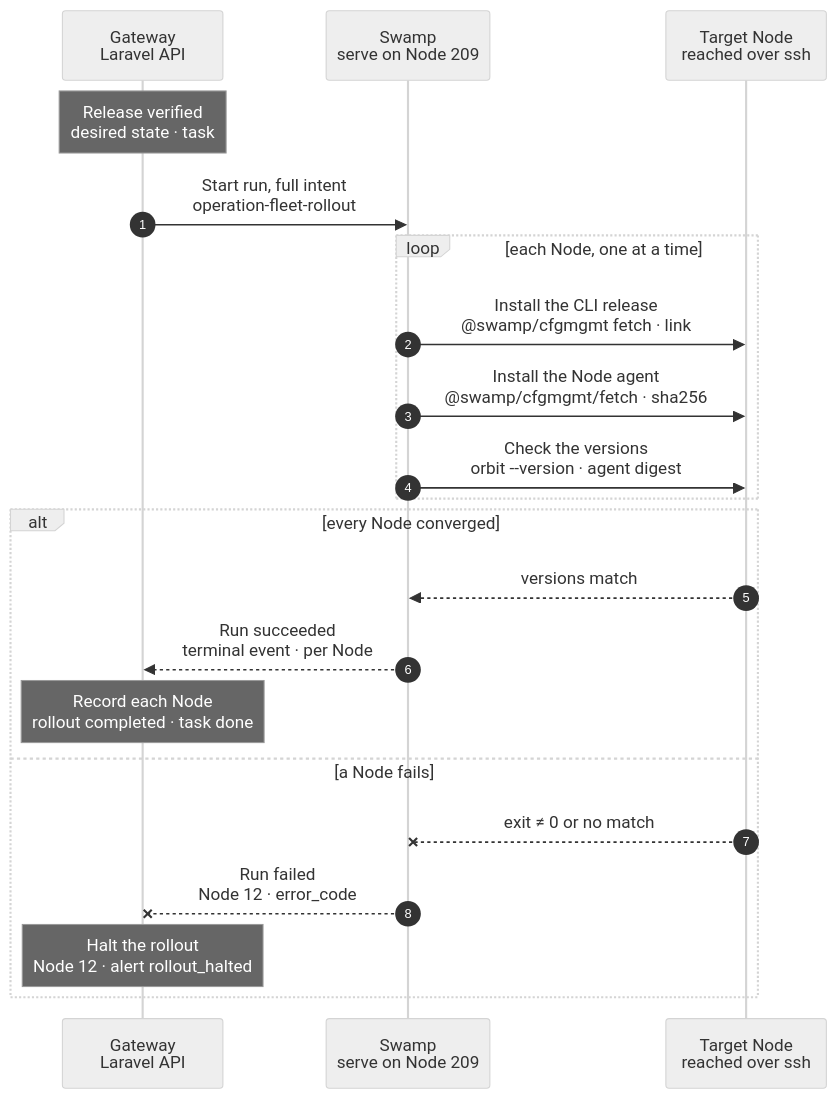
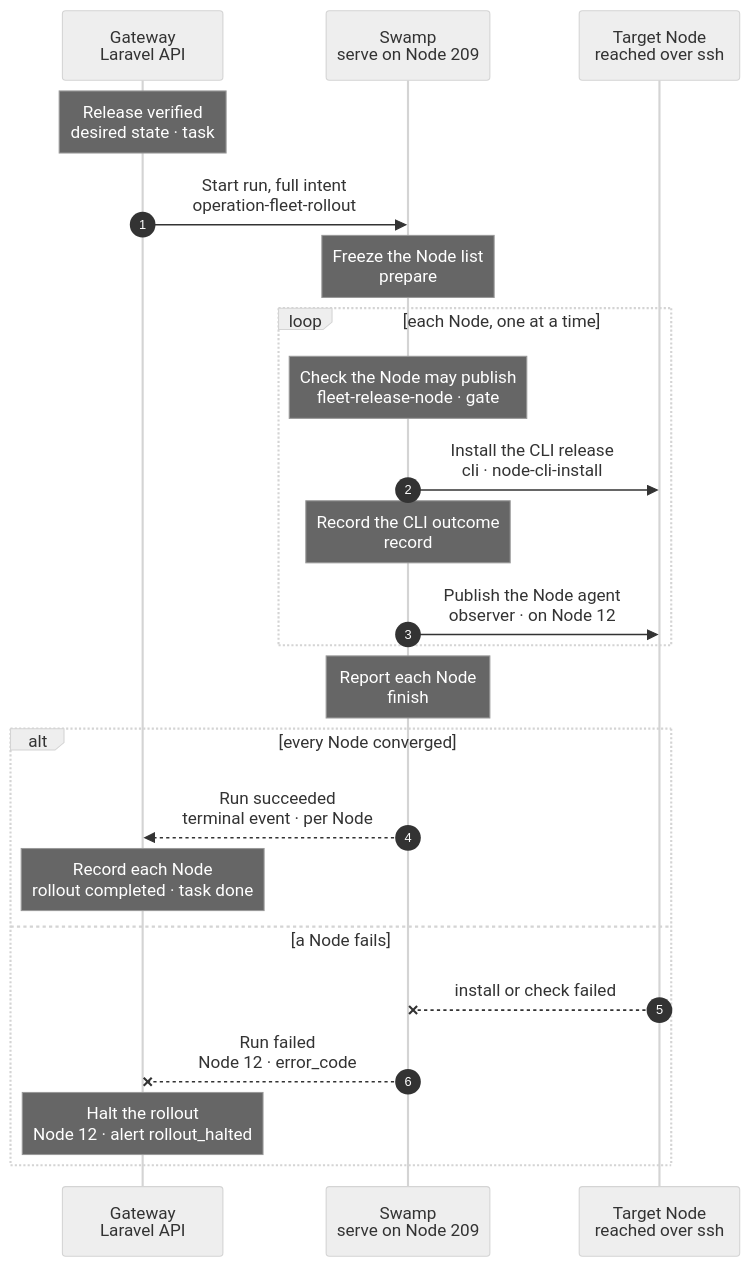
Before and after one commit to hardimpactdev/orbit: the diagram in docs/cli/fleet/rollout.mmd, drawn with Mermaid (neutral theme). The commit also changed 49 other files, not shown here.

First line of the commit message:
refactor(fleet): native CLI publication everywhere; delete cli.py (rule 22)

```diff
--- a/docs/cli/fleet/rollout.mmd
+++ b/docs/cli/fleet/rollout.mmd
@@ -1,83 +1,96 @@
 sequenceDiagram
   %% Target design: ADR 0244 task, DECISIONS R1-R4, agent-frozen-until-swamp-port, single-swamp-node. docs/reference/gateway-recovery.md#fleet-rollout.
   %% Tightened: flow-tighten 2026-11-02, rule 22 (cfgmgmt fetch and link name the install steps).
+  %% Real steps 2026-11-02: prepare, node-N (fleet-release-node: gate, cli, record, observer), finish.
   %% status: draft
   %% command: none · after each verified Gateway release
   %% kind: fleet.rollout
   autonumber
   %% lane GW icon=gateway pill=intent tone=blue
   %% lane SW icon=workflow pill=executes tone=green
   %% lane N icon=server pill=target tone=amber
   participant GW as Gateway<br/>Laravel API
   participant SW as Swamp<br/>serve on Node 209
   participant N as Target Node<br/>reached over ssh
   Note over GW: Release verified<br/>desired state · task #5160
   %%> When:
   %%> - right after the Gateway verified a release, while `ORBIT_FLEET_ROLLOUT=true`
   %%> - again when CI publishes a CLI release that was missing, or after `fleet:rollout:resume`
   %%> Not included:
   %%> - no command starts it; `fleet:rollout:status` shows it, `fleet:rollout:resume` resumes it after a halt
   %%> - no per-minute Swamp poll admits it; the release itself is the trigger
   %%> Requirements:
   %%> - no other rollout is running or halted
   %%> - the CLI release of the commit is published, or an ancestor's release stands in after 30 minutes
   %%> What it decides:
   %%> - the desired state: the CLI release with the SHA-256 of each binary, and the Node agent pin with its digests
   %%> - the rollout set and order: active managed Linux Nodes with roles; task sandboxes, macOS Nodes, roleless Nodes and the Gateway's own Node stay out
   %%> Result:
   %%> - task #5160 recorded with the full intent; nothing has happened on a Node yet
   GW->>SW: Start run, full intent<br/>operation-fleet-rollout
   %%> What it does:
   %%> - starts one Swamp run on serve (Node 209) for the whole rollout set
   %%> Inputs:
   %%> - the Nodes in order, each with its address and SSH host keys; the SSH identity comes from the `swamp` role
   %%> - the CLI release URL and digests, and the Node agent pin
+  Note over SW: Freeze the Node list<br/>prepare
+  %%> What it does:
+  %%> - reads the admitted intent once and records the Nodes in order
+  %%> Runs as:
+  %%> - a step on Node 209
   loop each Node, one at a time
-    SW->>N: Install the CLI release<br/>@swamp/cfgmgmt fetch · link
+    Note over SW: Check the Node may publish<br/>fleet-release-node · gate
+    %%> What it does:
+    %%> - the `fleet-release-node` child starts on Node 209; its `gate` step checks that every earlier Node succeeded, that the task is not cancelled, and that the Node's window is open
+    %%> - a skipped Node, a planning error or a closed window records the outcome without touching the Node
+    %%> Why:
+    %%> - the loop runs one Node at a time, so a failed Node stops every later one
+    SW->>N: Install the CLI release<br/>cli · node-cli-install
     %%> How:
-    %%> - Swamp reaches Node 12 over SSH from 209, with `@swamp/ssh`
+    %%> - Swamp reaches Node 12 over SSH from 209, with `@swamp/ssh` and the admitted host keys
     %%> What it does:
-    %%> - downloads the admitted release with `@swamp/cfgmgmt/fetch` and its `checksum`, publishes the root-owned binary and switches the link atomically with `@swamp/cfgmgmt/link`
-    %%> - a Node that already runs this release is left as it is
-    %%> Refuses:
-    %%> - a foreign file at `/usr/local/bin/orbit`; that Node is skipped as `foreign_cli`, not failed
-    SW->>N: Install the Node agent<br/>@swamp/cfgmgmt/fetch · sha256
+    %%> - reads `orbit --version`; a Node that runs this release, a newer one, or a commit build keeps it
+    %%> - otherwise downloads the release with `@swamp/cfgmgmt/fetch` and its `checksum`, checks the new file reports the release version, and switches the link with `@swamp/cfgmgmt/link`
+    %%> - a file that does not report a valid Orbit version is replaced by the admitted release
+    %%> - writes root's profile, 0600, with `@swamp/cfgmgmt/file`
+    Note over SW: Record the CLI outcome<br/>record
     %%> What it does:
-    %%> - the same step `node.converge` uses: installs the pinned Node agent only when its digest differs, then restarts `orbit-agent`
+    %%> - the `record` step on Node 209 records `converged` or `unchanged` with the CLI version, or `cli.install_failed`
+    SW->>N: Publish the Node agent<br/>observer · on Node 12
+    %%> When:
+    %%> - only in a rollout, and only after the Node's CLI succeeded
+    %%> What it does:
+    %%> - the `observer` step publishes the pinned observer binary only when its digest differs
     %%> Today:
-    %%> - the Node agent is frozen at its pin until it is stripped to an observer, so this step changes nothing
+    %%> - this step runs on Node 12's own worker, never on Node 209; it moves to `@swamp/cfgmgmt` when the observer delivery is replaced
+    %%> - the Node agent is frozen at its pin, so this step changes nothing
     %%> Not included:
     %%> - Caddy, DNS, PHP and role files; `node.converge` and `fleet.recipe` own those
-    SW->>N: Check the versions<br/>orbit --version · agent digest
-    %%> What it does:
-    %%> - reads the CLI version and the running Node agent's binary digest
-    %%> Why:
-    %%> - a Node only counts as converged when it shows the desired state
   end
+  Note over SW: Report each Node<br/>finish
+  %%> What it does:
+  %%> - reads each Node's `observer` output, or its `record` output when no observer ran, and returns one bounded result per Node
   alt every Node converged
-    N-->>SW: versions match
-    %%> Returns:
-    %%> - the check passed on the last Node
     SW-->>GW: Run succeeded<br/>terminal event · per Node
     %%> How the Gateway learns it:
     %%> - its shared run reader sees the terminal event; Swamp never calls the Gateway
     Note over GW: Record each Node<br/>rollout completed · task done
     %%> Result:
     %%> - each Node's outcome on the rollout record; `fleet:rollout:status` shows it
     %%> - unreachable Nodes changed nothing; they stay `pending` for the next catch-up
     %%> - task #5160 succeeds
   else a Node fails
-    N--xSW: exit ≠ 0 or no match
+    N--xSW: install or check failed
     %%> When:
-    %%> - a download, digest, publish or check fails on Node 12
+    %%> - a download, checksum, version check, link or observer publish fails on Node 12
     SW--xGW: Run failed<br/>Node 12 · error_code
     %%> What it does:
     %%> - Swamp visits no later Node, so one bad release breaks at most one Node
     Note over GW: Halt the rollout<br/>Node 12 · alert rollout_halted
     %%> Result:
     %%> - the rollout is `halted` at Node 12 and raises `rollout_halted`; task #5160 fails
     %%> On the Node:
     %%> - the old CLI link stays when the switch did not happen; there is no rollback
     %%> Retry:
     %%> - fix the cause, then `fleet:rollout:resume` (Node 12 first) or `fleet:rollout:resume --skip=12`; it is a new task
   end
```
